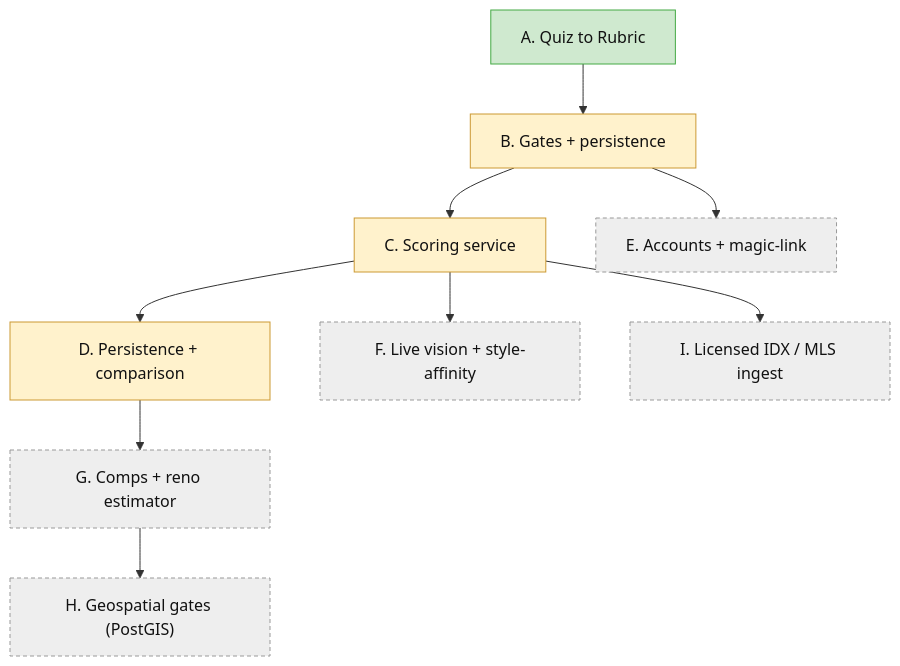
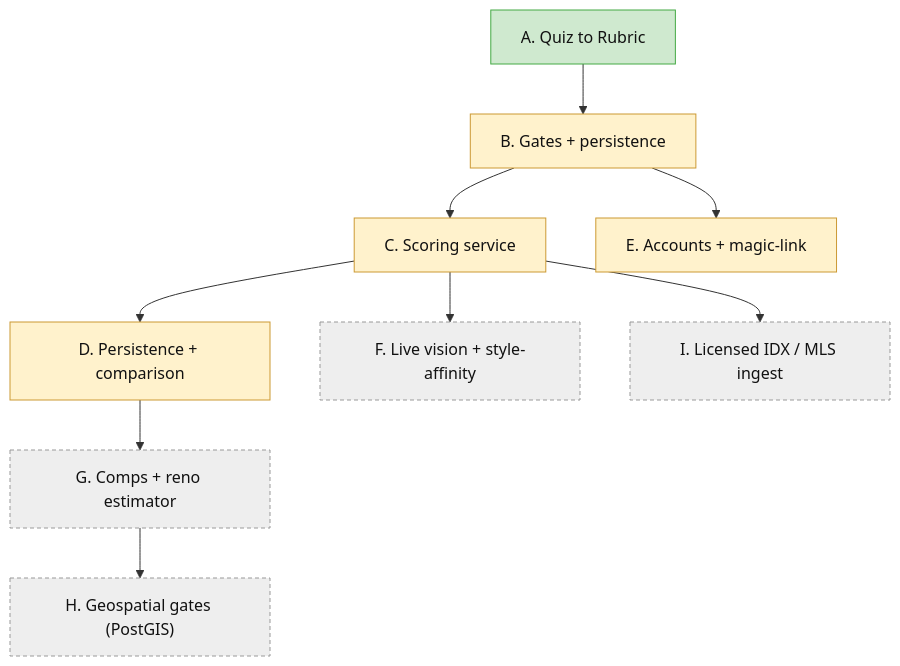
The diagram in docs/roadmap.md (hartc17/home-score-app), drawn with Mermaid before and after one commit. The commit also changed other lines of this file and 27 other files, not shown here.

````diff
--- a/docs/roadmap.md
+++ b/docs/roadmap.md
@@ -23,17 +23,17 @@
 ```mermaid
 flowchart TB
   A["A. Quiz to Rubric"] --> B["B. Gates + persistence"]
   B --> C["C. Scoring service"]
   C --> D["D. Persistence + comparison"]
   B --> E["E. Accounts + magic-link"]
   C --> F["F. Live vision + style-affinity"]
   D --> G["G. Comps + reno estimator"]
   G --> H["H. Geospatial gates (PostGIS)"]
   C --> I["I. Licensed IDX / MLS ingest"]
   classDef done fill:#cfe9cf,stroke:#4a4,color:#111;
   classDef wip fill:#fff2cc,stroke:#c93,color:#111;
   classDef future fill:#eeeeee,stroke:#999,stroke-dasharray:4 3,color:#111;
   class A done;
-  class B,C,D wip;
-  class E,F,G,H,I future;
+  class B,C,D,E wip;
+  class F,G,H,I future;
 ```
````
